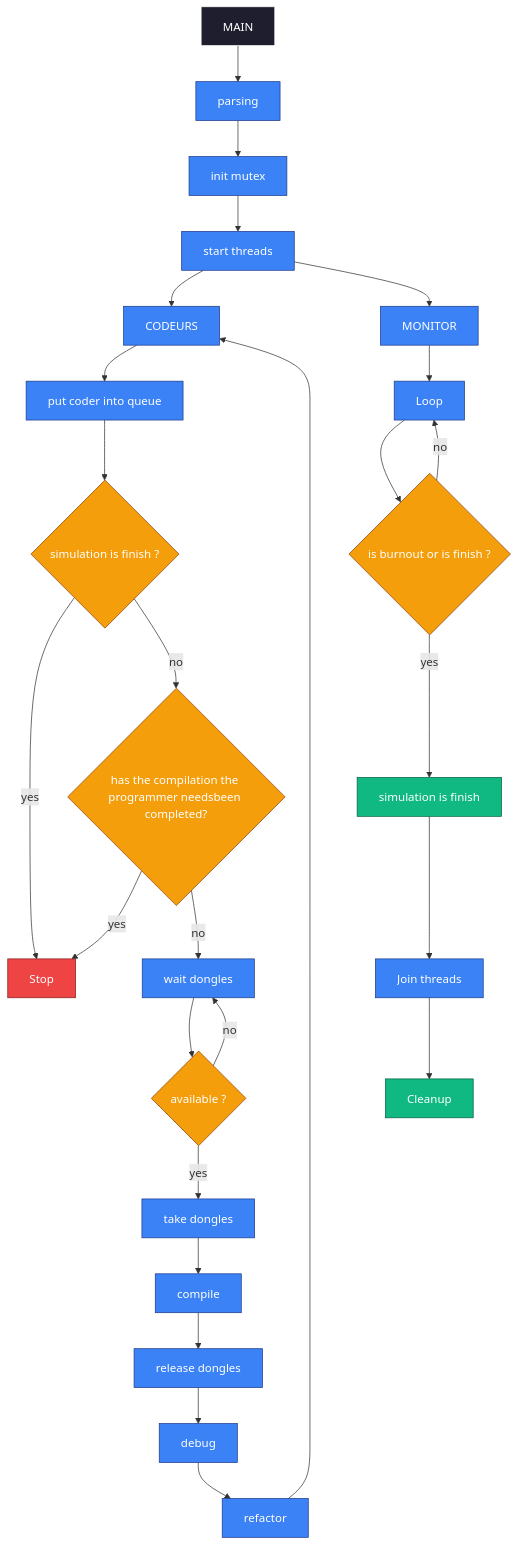
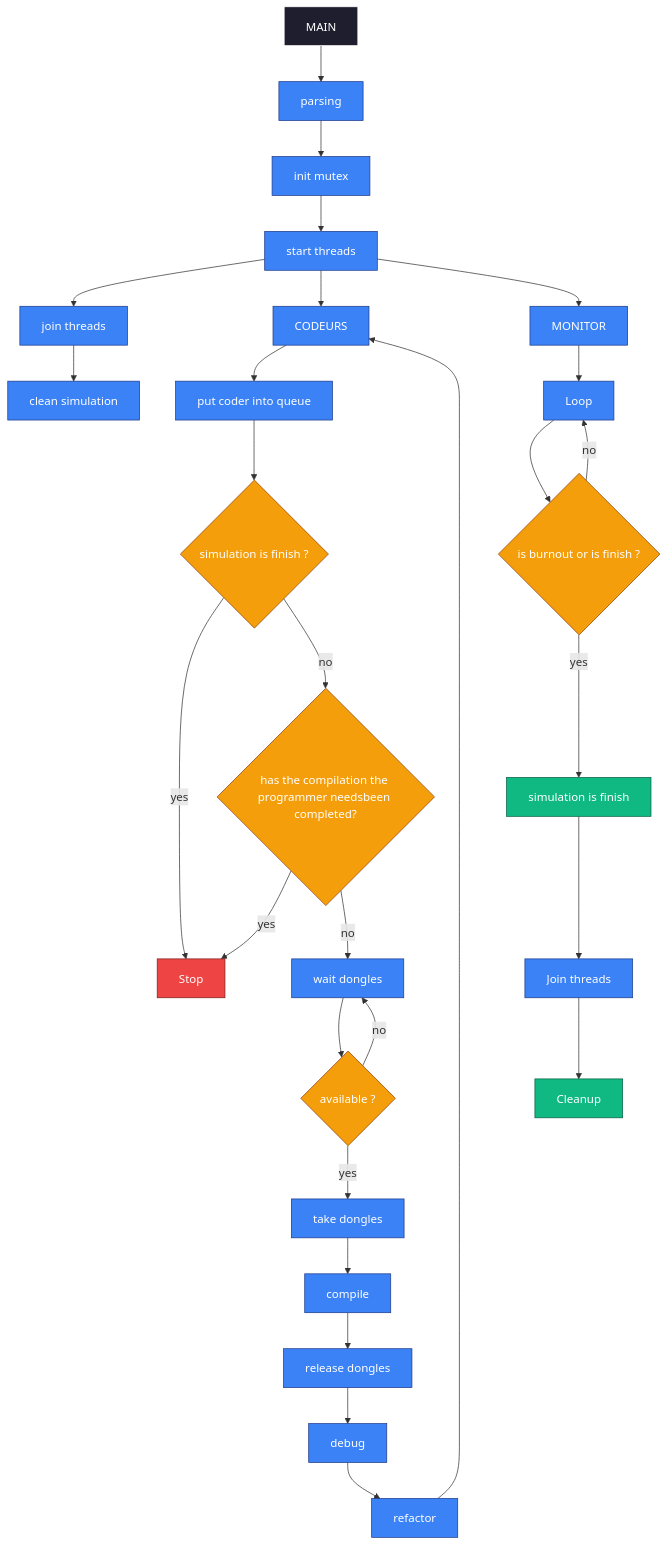
Before and after one commit to MinePopTheReal/Codexion: the diagram in README.md, drawn with Mermaid. The commit also changed other lines of this file and 13 other files, not shown here.

````diff
--- a/README.md
+++ b/README.md
@@ -54,52 +77,54 @@
 ```mermaid
 flowchart TD
 A[MAIN] --> B[parsing]
 B --> C[init mutex]
 C --> D[start threads]
+D --> X[join threads]
+X --> Y[clean simulation]
 
 D --> E[CODEURS]
 D --> F[MONITOR]
 
 %% CODEUR
 E --> G[put coder into queue]
 G --> H{simulation is finish ?}
 
 H -->|yes| Z[Stop] 
 H -->|no| I{has the compilation the programmer needsbeen completed?}
 
 I -->|yes| Z 
 I -->|no| J[wait dongles] 
 
 J --> K{available ?} 
 K -->|no| J 
 K -->|yes| L[take dongles] 
 
 L --> M[compile] 
 M --> N[release dongles] 
 N --> O[debug] 
 O --> P[refactor]
 
 P --> E
 
 %% MONITOR
 F --> Q[Loop]
 Q --> R{is burnout or is finish ?}
 R -->|yes| S[simulation is finish]
 R -->|no| Q
 
 %% FIN
 S --> T[Join threads]
 T --> U[Cleanup]
 
 %% STYLES
 classDef main fill:#1e1e2f,color:#fff,stroke:#ffffff
 classDef process fill:#3b82f6,color:#fff,stroke:#1e3a8a
 classDef decision fill:#f59e0b,color:#fff,stroke:#92400e
 classDef end_node fill:#10b981,color:#fff,stroke:#065f46
 classDef alert fill:#ef4444,color:#fff,stroke:#7f1d1d
 class A main
-class B,C,D,E,F,G,J,L,M,N,O,P,Q,T process
+class B,C,D,E,F,G,J,L,M,N,O,P,Q,T,X,Y process
 class H,I,K,R decision
 class S,U end_node
 class Z alert
 ```
````
